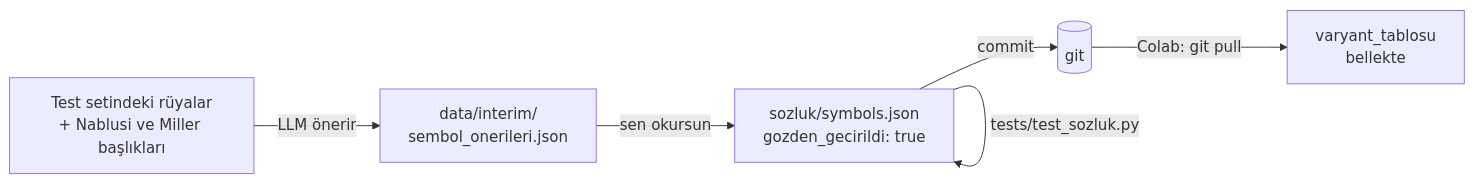
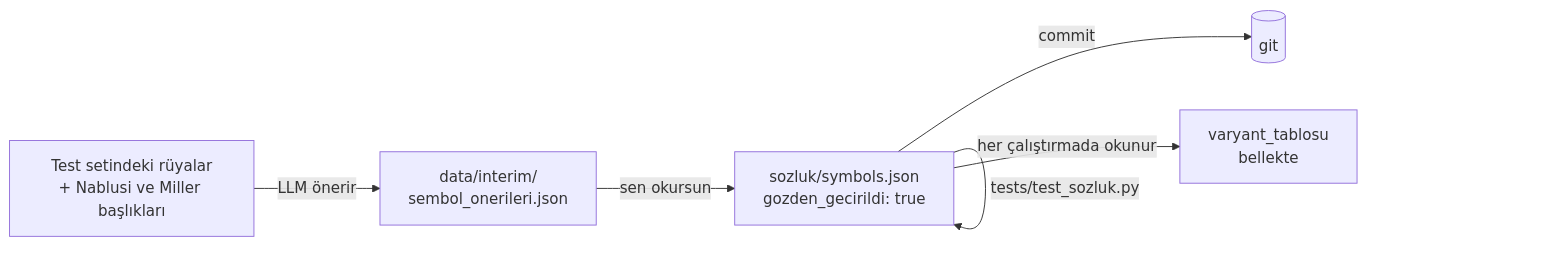
Before and after one commit to OgzhnTarhn/ruya-tabirnamesi: the third of 3 diagrams in docs/12-kod-yapisi-ve-sozlesmeler.md, drawn with Mermaid. The commit also changed other lines of this file and 14 other files, not shown here.

````diff
--- a/docs/12-kod-yapisi-ve-sozlesmeler.md
+++ b/docs/12-kod-yapisi-ve-sozlesmeler.md
@@ -201,8 +200,8 @@
 ```mermaid
 flowchart LR
     A[Test setindeki rüyalar<br/>+ Nablusi ve Miller başlıkları] -->|LLM önerir| B[data/interim/<br/>sembol_onerileri.json]
     B -->|sen okursun| C[sozluk/symbols.json<br/>gozden_gecirildi: true]
     C -->|commit| D[(git)]
-    D -->|Colab: git pull| E[varyant_tablosu<br/>bellekte]
+    C -->|her çalıştırmada okunur| E[varyant_tablosu<br/>bellekte]
     C -->|tests/test_sozluk.py| C
 ```
````
